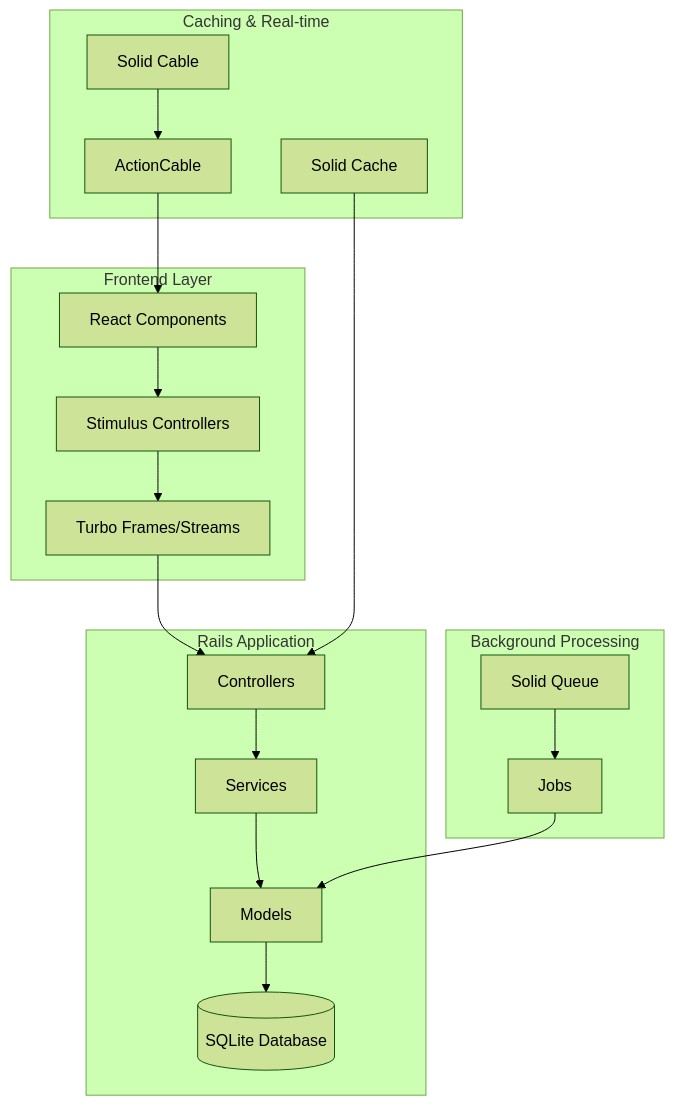
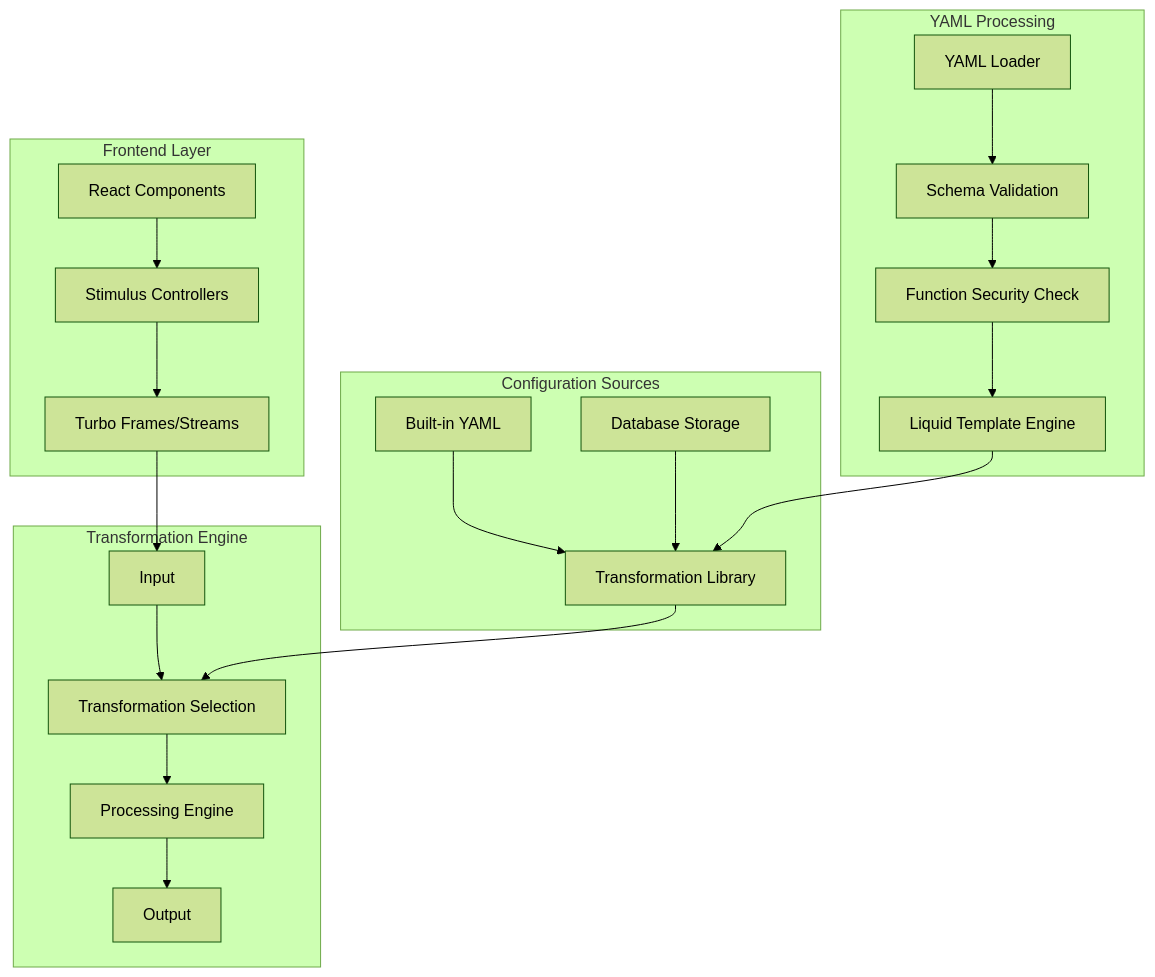
One commit to abradner/transformer changed the first of 2 diagrams in README.md. Above: the diagram before and after it, drawn with Mermaid (forest theme). The commit also changed other lines of this file and 9 other files, not shown here.

````diff
--- a/README.md
+++ b/README.md
@@ -7,25 +34,28 @@
 ```mermaid
 graph TB
     subgraph "Frontend Layer"
         A[React Components] --> B[Stimulus Controllers]
         B --> C[Turbo Frames/Streams]
     end
     
-    subgraph "Rails Application"
-        C --> D[Controllers]
-        D --> E[Services]
-        E --> F[Models]
-        F --> G[(SQLite Database)]
+    subgraph "Transformation Engine"
+        D[Input] --> E[Transformation Selection]
+        E --> F[Processing Engine]
+        F --> G[Output]
     end
     
-    subgraph "Background Processing"
-        H[Solid Queue] --> I[Jobs]
-        I --> F
+    subgraph "Configuration Sources"
+        H[Built-in YAML] --> I[Transformation Library]
+        J[Database Storage] --> I
+        I --> E
     end
     
-    subgraph "Caching & Real-time"
-        J[Solid Cache] --> D
-        K[Solid Cable] --> L[ActionCable]
-        L --> A
+    subgraph "YAML Processing"
+        K[YAML Loader] --> L[Schema Validation]
+        L --> M[Function Security Check]
+        M --> N[Liquid Template Engine]
+        N --> I
     end
+    
+    C --> D
 ```
````
